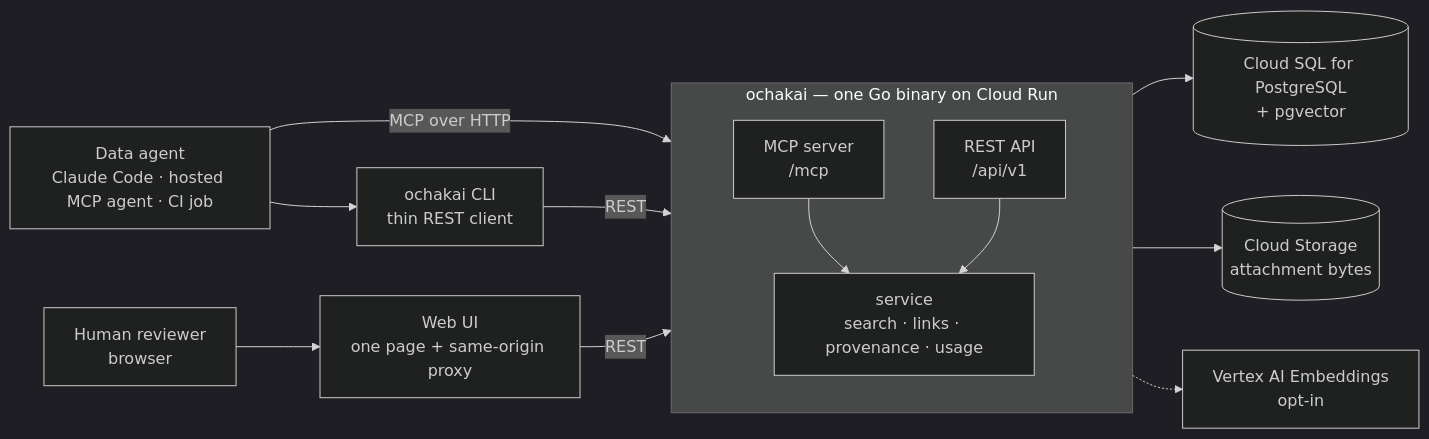
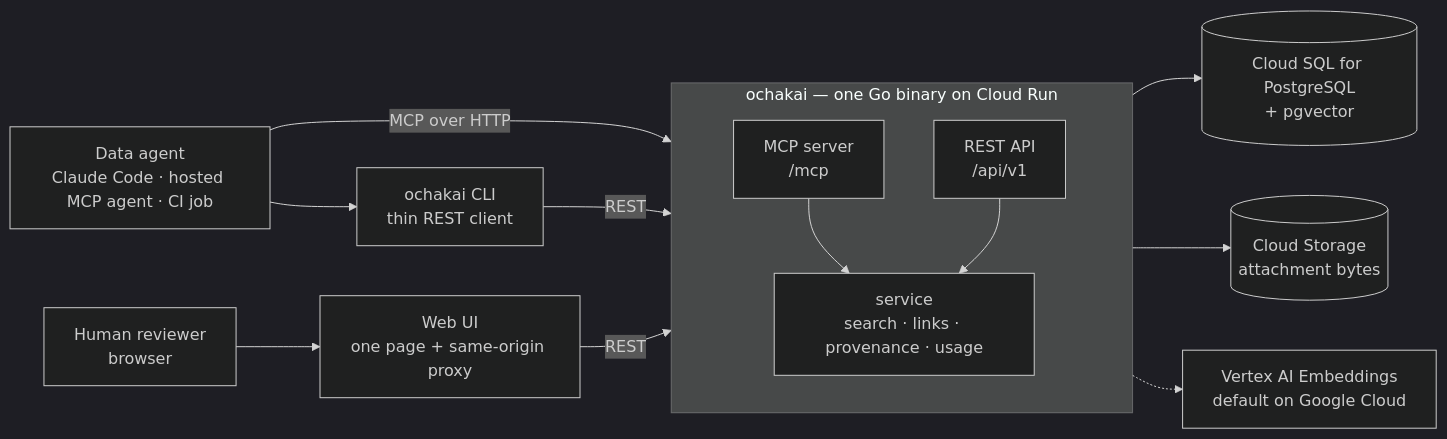
One commit to na0fu3y/ochakai changed the diagram in docs/architecture.md. Above: the diagram before and after it, drawn with Mermaid (dark theme). The commit also changed other lines of this file and 25 other files, not shown here.

First line of the commit message:
Make embeddings the default, and a vector space disposable (0053) (#308)

````diff
--- a/docs/architecture.md
+++ b/docs/architecture.md
@@ -47,29 +49,29 @@
 ```mermaid
 flowchart LR
   A["Data agent<br/>Claude Code · hosted MCP agent · CI job"]
   H["Human reviewer<br/>browser"]
   CLI["ochakai CLI<br/>thin REST client"]
   UI["Web UI<br/>one page + same-origin proxy"]
 
   subgraph SRV["ochakai — one Go binary on Cloud Run"]
     direction TB
     M["MCP server<br/>/mcp"]
     R["REST API<br/>/api/v1"]
     SVC["service<br/>search · links · provenance · usage"]
     M --> SVC
     R --> SVC
   end
 
   PG[("Cloud SQL for PostgreSQL<br/>+ pgvector")]
   GCS[("Cloud Storage<br/>attachment bytes")]
-  VX["Vertex AI Embeddings<br/>opt-in"]
+  VX["Vertex AI Embeddings<br/>default on Google Cloud"]
 
   A -->|MCP over HTTP| M
   A --> CLI
   H --> UI
   CLI -->|REST| R
   UI -->|REST| R
   SVC --> PG
   SVC --> GCS
   SVC -.-> VX
 ```
````
